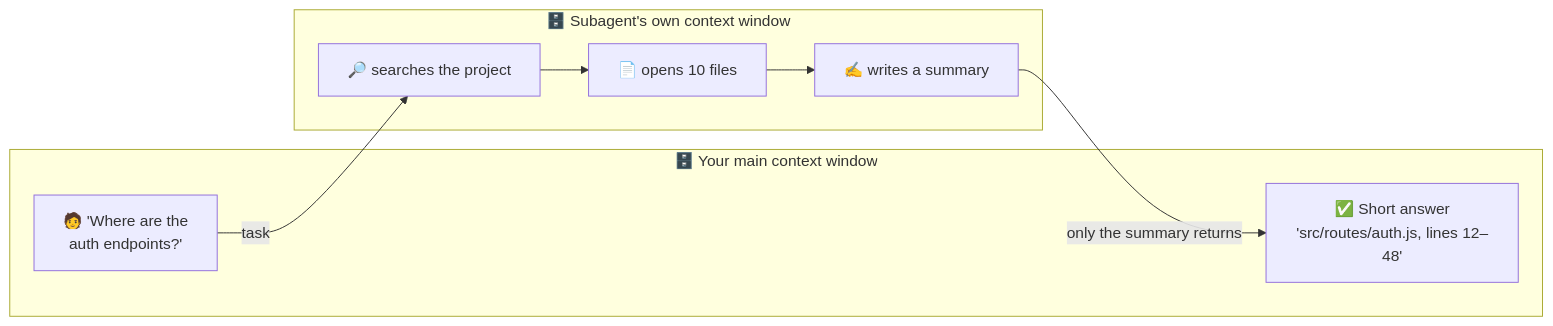
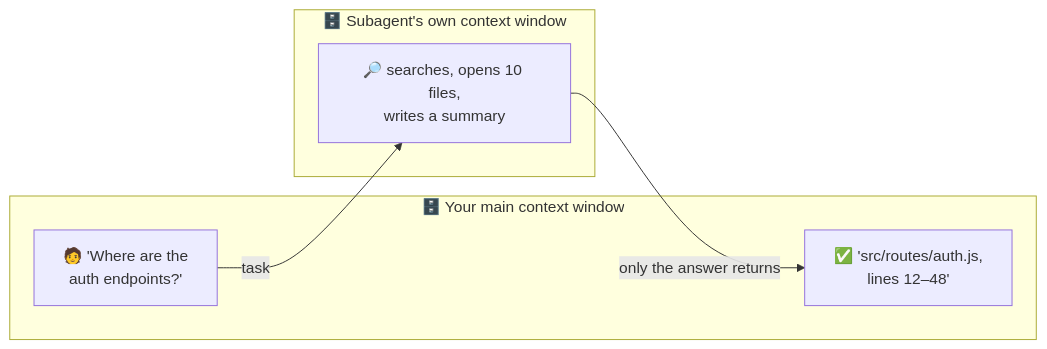
Before and after one commit to nirajp82/ClaudeArchitectProfessionalStudyGuide: the second of 2 diagrams in 01_ClaudeCode101/06-context-management.md, drawn with Mermaid. The commit also changed other lines of this file and 6 other files, not shown here.

````diff
--- a/01_ClaudeCode101/06-context-management.md
+++ b/01_ClaudeCode101/06-context-management.md
@@ -323,15 +192,12 @@
 ```mermaid
 flowchart LR
     subgraph MAIN["🗄️ Your main context window"]
         Q["🧑 'Where are the<br/>auth endpoints?'"]
-        A["✅ Short answer<br/>'src/routes/auth.js, lines 12–48'"]
+        A["✅ 'src/routes/auth.js,<br/>lines 12–48'"]
     end
     subgraph SUB["🗄️ Subagent's own context window"]
-        S1["🔎 searches the project"]
-        S2["📄 opens 10 files"]
-        S3["✍️ writes a summary"]
+        S["🔎 searches, opens 10 files,<br/>writes a summary"]
     end
-    Q -- "task" --> S1
-    S1 --> S2 --> S3
-    S3 -- "only the summary returns" --> A
+    Q -- "task" --> S
+    S -- "only the answer returns" --> A
 ```
````
